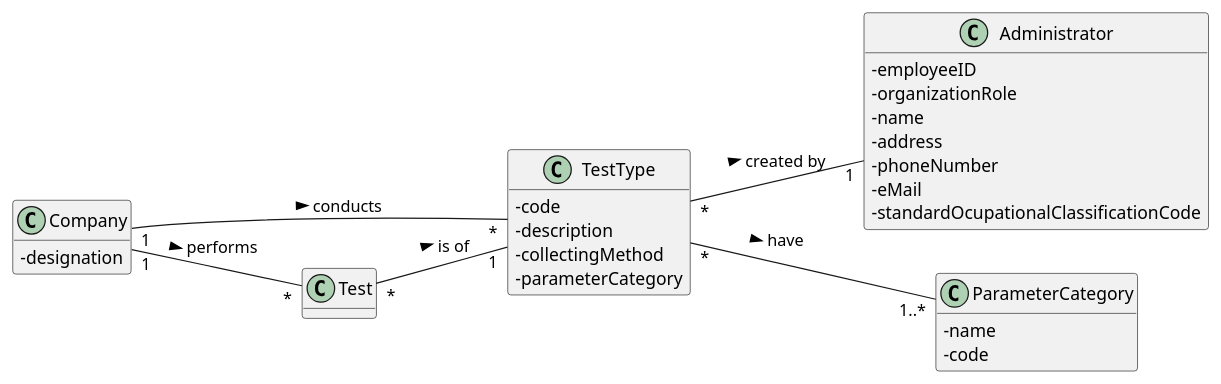
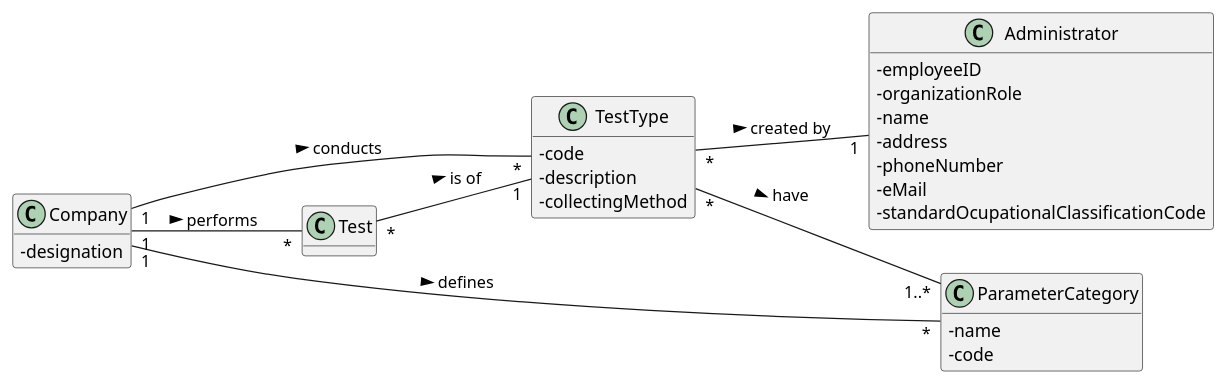
One commit to RuiRioPina/LAPR2-20-21 changed the diagram in docs/SprintB/US_9/UC9_MD.puml. Above: the diagram before and after it, drawn with PlantUML. The commit also changed 8 other files, not shown here.

```diff
--- a/docs/SprintB/US_9/UC9_MD.puml
+++ b/docs/SprintB/US_9/UC9_MD.puml
@@ -1,39 +1,39 @@
 @startuml
 skinparam classAttributeIconSize 0
 hide methods
 left to right direction
 
 class TestType {
   -code
   -description
   -collectingMethod
-  -parameterCategory
 }
 
 class Company {
   -designation
 }
 
 class Test {
 }
 
 class Administrator {
   -employeeID
   -organizationRole
   -name
   -address
   -phoneNumber
   -eMail
   -standardOcupationalClassificationCode
 }
 
 class ParameterCategory {
   -name
   -code
 }
 Company "1" -- "*" TestType : conducts >
+Company "1" -- "*" ParameterCategory : defines >
 Test "*" -- "1" TestType : is of >
 Company "1" -- "*" Test : performs >
 TestType "*" -- "1" Administrator : created by >
 TestType "*" -- "1..*" ParameterCategory : have >
 @enduml
```
